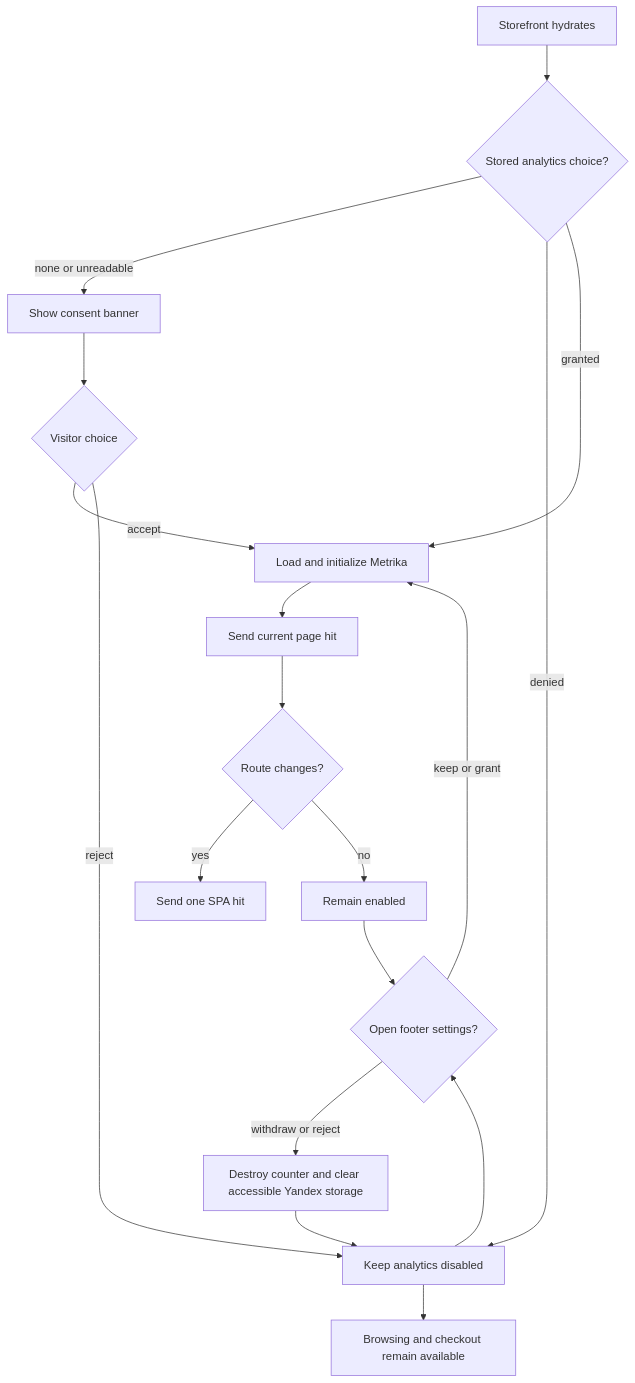
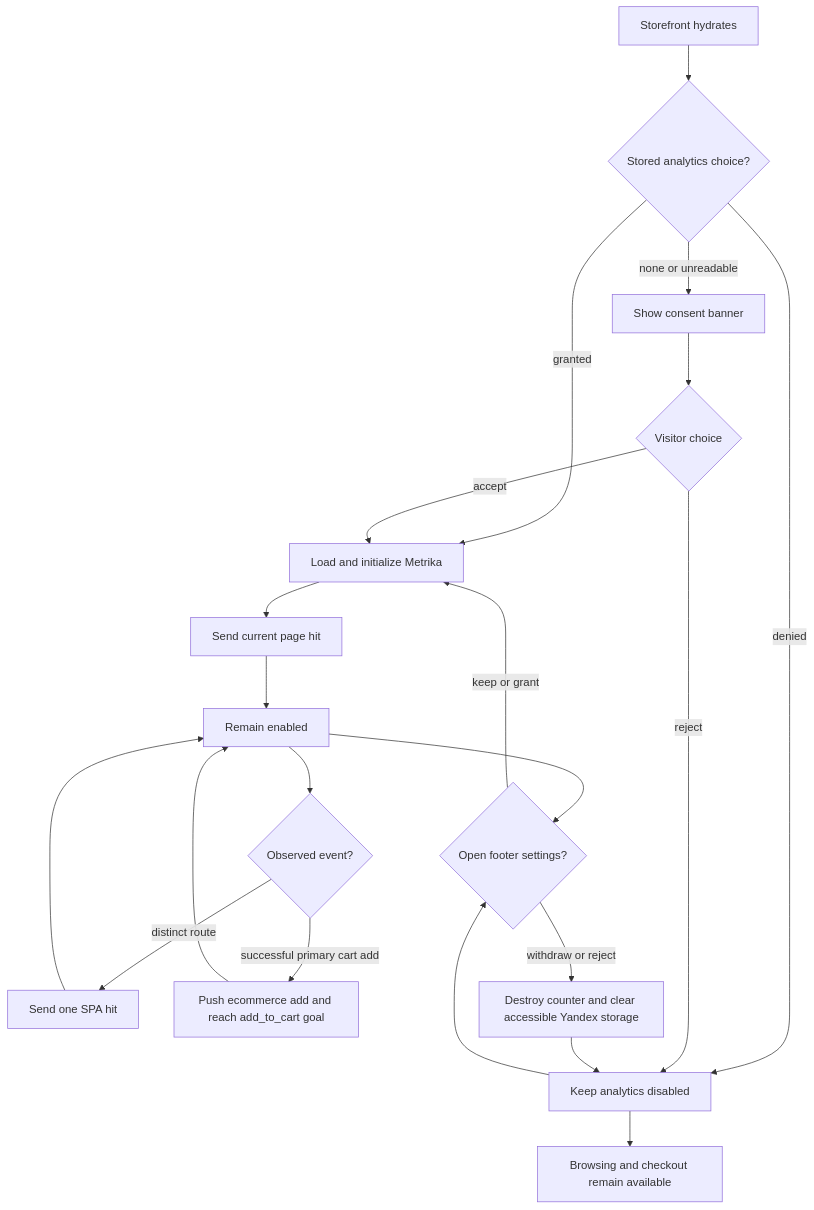
One commit to AtoshaKartosha/sunluk changed the first of 3 diagrams in flows/features/analytics-consent.md. Above: the diagram before and after it, drawn with Mermaid. The commit also changed other lines of this file and 7 other files, not shown here.

Commit message:
fix(analytics): track successful cart additions

````diff
--- a/flows/features/analytics-consent.md
+++ b/flows/features/analytics-consent.md
@@ -50,20 +51,23 @@
 ```mermaid
 flowchart TD
   Start[Storefront hydrates] --> Stored{Stored analytics choice?}
   Stored -->|none or unreadable| Prompt[Show consent banner]
   Stored -->|denied| Disabled[Keep analytics disabled]
   Stored -->|granted| Enable[Load and initialize Metrika]
   Prompt --> Choice{Visitor choice}
   Choice -->|accept| Enable
   Choice -->|reject| Disabled
   Enable --> Hit[Send current page hit]
-  Hit --> Route{Route changes?}
-  Route -->|yes| HitNext[Send one SPA hit]
-  Route -->|no| Enabled[Remain enabled]
+  Hit --> Enabled[Remain enabled]
+  Enabled --> Activity{Observed event?}
+  Activity -->|distinct route| HitNext[Send one SPA hit]
+  HitNext --> Enabled
+  Activity -->|successful primary cart add| AddEvent[Push ecommerce add and reach add_to_cart goal]
+  AddEvent --> Enabled
   Disabled --> Browse[Browsing and checkout remain available]
   Enabled --> Settings{Open footer settings?}
   Disabled --> Settings
   Settings -->|keep or grant| Enable
   Settings -->|withdraw or reject| Revoke[Destroy counter and clear accessible Yandex storage]
   Revoke --> Disabled
 ```
````
